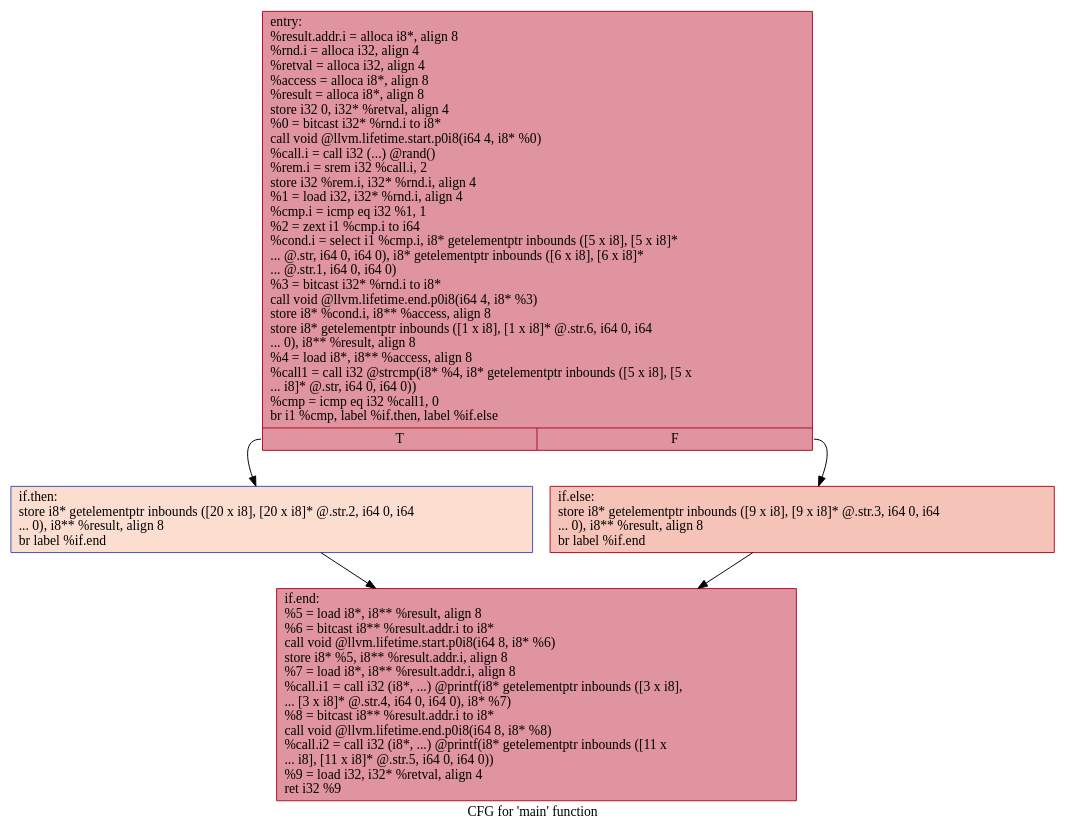
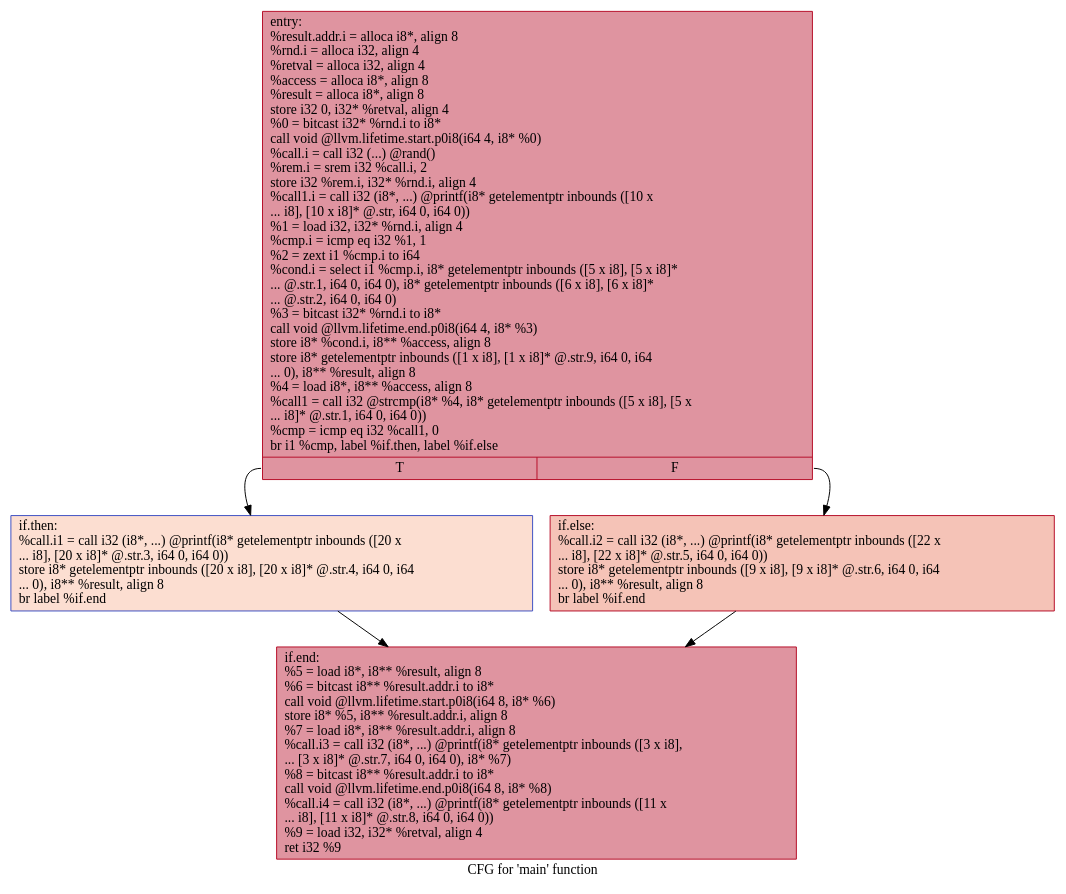
One commit to lamida/scarr-sample-program changed the diagram in c/small/scarr-no-opt/dot-scarr-inline/.main.dot. Above: the diagram before and after it, drawn with Graphviz. The commit also changed 14 other files, not shown here.

```diff
--- a/c/small/scarr-no-opt/dot-scarr-inline/.main.dot
+++ b/c/small/scarr-no-opt/dot-scarr-inline/.main.dot
@@ -1,12 +1,12 @@
 digraph "CFG for 'main' function" {
 	label="CFG for 'main' function";
 
-	Node0x5563b2a72d20 [shape=record,color="#b70d28ff", style=filled, fillcolor="#b70d2870",label="{entry:\l  %result.addr.i = alloca i8*, align 8\l  %rnd.i = alloca i32, align 4\l  %retval = alloca i32, align 4\l  %access = alloca i8*, align 8\l  %result = alloca i8*, align 8\l  store i32 0, i32* %retval, align 4\l  %0 = bitcast i32* %rnd.i to i8*\l  call void @llvm.lifetime.start.p0i8(i64 4, i8* %0)\l  %call.i = call i32 (...) @rand()\l  %rem.i = srem i32 %call.i, 2\l  store i32 %rem.i, i32* %rnd.i, align 4\l  %1 = load i32, i32* %rnd.i, align 4\l  %cmp.i = icmp eq i32 %1, 1\l  %2 = zext i1 %cmp.i to i64\l  %cond.i = select i1 %cmp.i, i8* getelementptr inbounds ([5 x i8], [5 x i8]*\l... @.str, i64 0, i64 0), i8* getelementptr inbounds ([6 x i8], [6 x i8]*\l... @.str.1, i64 0, i64 0)\l  %3 = bitcast i32* %rnd.i to i8*\l  call void @llvm.lifetime.end.p0i8(i64 4, i8* %3)\l  store i8* %cond.i, i8** %access, align 8\l  store i8* getelementptr inbounds ([1 x i8], [1 x i8]* @.str.6, i64 0, i64\l... 0), i8** %result, align 8\l  %4 = load i8*, i8** %access, align 8\l  %call1 = call i32 @strcmp(i8* %4, i8* getelementptr inbounds ([5 x i8], [5 x\l... i8]* @.str, i64 0, i64 0))\l  %cmp = icmp eq i32 %call1, 0\l  br i1 %cmp, label %if.then, label %if.else\l|{<s0>T|<s1>F}}"];
-	Node0x5563b2a72d20:s0 -> Node0x5563b2a736b0;
-	Node0x5563b2a72d20:s1 -> Node0x5563b2a73780;
-	Node0x5563b2a736b0 [shape=record,color="#3d50c3ff", style=filled, fillcolor="#f7b39670",label="{if.then:                                          \l  store i8* getelementptr inbounds ([20 x i8], [20 x i8]* @.str.2, i64 0, i64\l... 0), i8** %result, align 8\l  br label %if.end\l}"];
-	Node0x5563b2a736b0 -> Node0x5563b2a73ae0;
-	Node0x5563b2a73780 [shape=record,color="#b70d28ff", style=filled, fillcolor="#e8765c70",label="{if.else:                                          \l  store i8* getelementptr inbounds ([9 x i8], [9 x i8]* @.str.3, i64 0, i64\l... 0), i8** %result, align 8\l  br label %if.end\l}"];
-	Node0x5563b2a73780 -> Node0x5563b2a73ae0;
-	Node0x5563b2a73ae0 [shape=record,color="#b70d28ff", style=filled, fillcolor="#b70d2870",label="{if.end:                                           \l  %5 = load i8*, i8** %result, align 8\l  %6 = bitcast i8** %result.addr.i to i8*\l  call void @llvm.lifetime.start.p0i8(i64 8, i8* %6)\l  store i8* %5, i8** %result.addr.i, align 8\l  %7 = load i8*, i8** %result.addr.i, align 8\l  %call.i1 = call i32 (i8*, ...) @printf(i8* getelementptr inbounds ([3 x i8],\l... [3 x i8]* @.str.4, i64 0, i64 0), i8* %7)\l  %8 = bitcast i8** %result.addr.i to i8*\l  call void @llvm.lifetime.end.p0i8(i64 8, i8* %8)\l  %call.i2 = call i32 (i8*, ...) @printf(i8* getelementptr inbounds ([11 x\l... i8], [11 x i8]* @.str.5, i64 0, i64 0))\l  %9 = load i32, i32* %retval, align 4\l  ret i32 %9\l}"];
+	Node0x557faaa667a0 [shape=record,color="#b70d28ff", style=filled, fillcolor="#b70d2870",label="{entry:\l  %result.addr.i = alloca i8*, align 8\l  %rnd.i = alloca i32, align 4\l  %retval = alloca i32, align 4\l  %access = alloca i8*, align 8\l  %result = alloca i8*, align 8\l  store i32 0, i32* %retval, align 4\l  %0 = bitcast i32* %rnd.i to i8*\l  call void @llvm.lifetime.start.p0i8(i64 4, i8* %0)\l  %call.i = call i32 (...) @rand()\l  %rem.i = srem i32 %call.i, 2\l  store i32 %rem.i, i32* %rnd.i, align 4\l  %call1.i = call i32 (i8*, ...) @printf(i8* getelementptr inbounds ([10 x\l... i8], [10 x i8]* @.str, i64 0, i64 0))\l  %1 = load i32, i32* %rnd.i, align 4\l  %cmp.i = icmp eq i32 %1, 1\l  %2 = zext i1 %cmp.i to i64\l  %cond.i = select i1 %cmp.i, i8* getelementptr inbounds ([5 x i8], [5 x i8]*\l... @.str.1, i64 0, i64 0), i8* getelementptr inbounds ([6 x i8], [6 x i8]*\l... @.str.2, i64 0, i64 0)\l  %3 = bitcast i32* %rnd.i to i8*\l  call void @llvm.lifetime.end.p0i8(i64 4, i8* %3)\l  store i8* %cond.i, i8** %access, align 8\l  store i8* getelementptr inbounds ([1 x i8], [1 x i8]* @.str.9, i64 0, i64\l... 0), i8** %result, align 8\l  %4 = load i8*, i8** %access, align 8\l  %call1 = call i32 @strcmp(i8* %4, i8* getelementptr inbounds ([5 x i8], [5 x\l... i8]* @.str.1, i64 0, i64 0))\l  %cmp = icmp eq i32 %call1, 0\l  br i1 %cmp, label %if.then, label %if.else\l|{<s0>T|<s1>F}}"];
+	Node0x557faaa667a0:s0 -> Node0x557faaa67130;
+	Node0x557faaa667a0:s1 -> Node0x557faaa671a0;
+	Node0x557faaa67130 [shape=record,color="#3d50c3ff", style=filled, fillcolor="#f7b39670",label="{if.then:                                          \l  %call.i1 = call i32 (i8*, ...) @printf(i8* getelementptr inbounds ([20 x\l... i8], [20 x i8]* @.str.3, i64 0, i64 0))\l  store i8* getelementptr inbounds ([20 x i8], [20 x i8]* @.str.4, i64 0, i64\l... 0), i8** %result, align 8\l  br label %if.end\l}"];
+	Node0x557faaa67130 -> Node0x557faaa67500;
+	Node0x557faaa671a0 [shape=record,color="#b70d28ff", style=filled, fillcolor="#e8765c70",label="{if.else:                                          \l  %call.i2 = call i32 (i8*, ...) @printf(i8* getelementptr inbounds ([22 x\l... i8], [22 x i8]* @.str.5, i64 0, i64 0))\l  store i8* getelementptr inbounds ([9 x i8], [9 x i8]* @.str.6, i64 0, i64\l... 0), i8** %result, align 8\l  br label %if.end\l}"];
+	Node0x557faaa671a0 -> Node0x557faaa67500;
+	Node0x557faaa67500 [shape=record,color="#b70d28ff", style=filled, fillcolor="#b70d2870",label="{if.end:                                           \l  %5 = load i8*, i8** %result, align 8\l  %6 = bitcast i8** %result.addr.i to i8*\l  call void @llvm.lifetime.start.p0i8(i64 8, i8* %6)\l  store i8* %5, i8** %result.addr.i, align 8\l  %7 = load i8*, i8** %result.addr.i, align 8\l  %call.i3 = call i32 (i8*, ...) @printf(i8* getelementptr inbounds ([3 x i8],\l... [3 x i8]* @.str.7, i64 0, i64 0), i8* %7)\l  %8 = bitcast i8** %result.addr.i to i8*\l  call void @llvm.lifetime.end.p0i8(i64 8, i8* %8)\l  %call.i4 = call i32 (i8*, ...) @printf(i8* getelementptr inbounds ([11 x\l... i8], [11 x i8]* @.str.8, i64 0, i64 0))\l  %9 = load i32, i32* %retval, align 4\l  ret i32 %9\l}"];
 }
```
